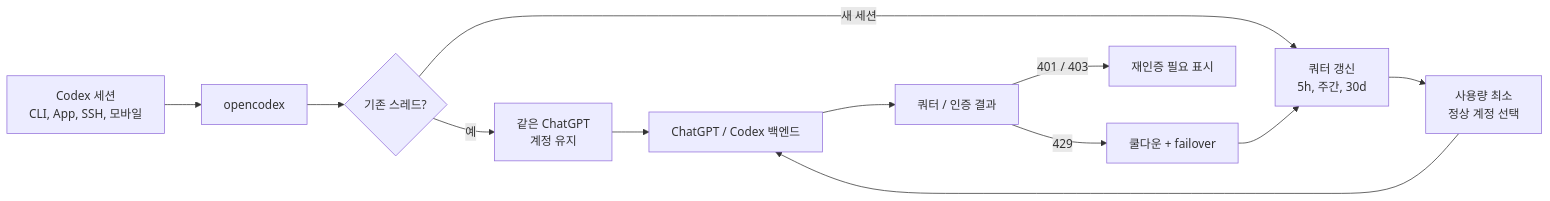
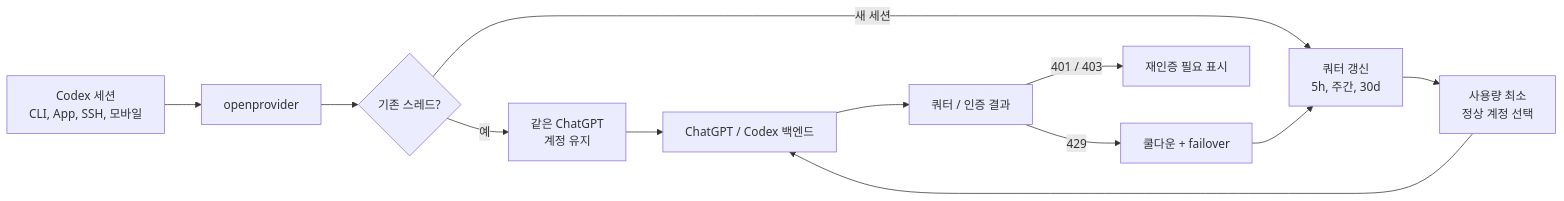
One commit to mDevsLabs/OpenProvider changed the diagram in readme/README.ko.md. Above: the diagram before and after it, drawn with Mermaid. The commit also changed other lines of this file and 1154 other files, not shown here.

````diff
--- a/readme/README.ko.md
+++ b/readme/README.ko.md
@@ -51,14 +51,14 @@
 ```mermaid
 flowchart LR
-  codex[Codex 세션<br/>CLI, App, SSH, 모바일] --> proxy[opencodex]
+  codex[Codex 세션<br/>CLI, App, SSH, 모바일] --> proxy[openprovider]
   proxy --> existing{기존 스레드?}
   existing -->|예| pinned[같은 ChatGPT<br/>계정 유지]
   existing -->|새 세션| quota[쿼터 갱신<br/>5h, 주간, 30d]
   quota --> pick[사용량 최소<br/>정상 계정 선택]
   pick --> upstream[ChatGPT / Codex 백엔드]
   pinned --> upstream
   upstream --> outcomes[쿼터 / 인증 결과]
   outcomes -->|429| cooldown[쿨다운 + failover]
   outcomes -->|401 / 403| reauth[재인증 필요 표시]
   cooldown --> quota
 ```
````
